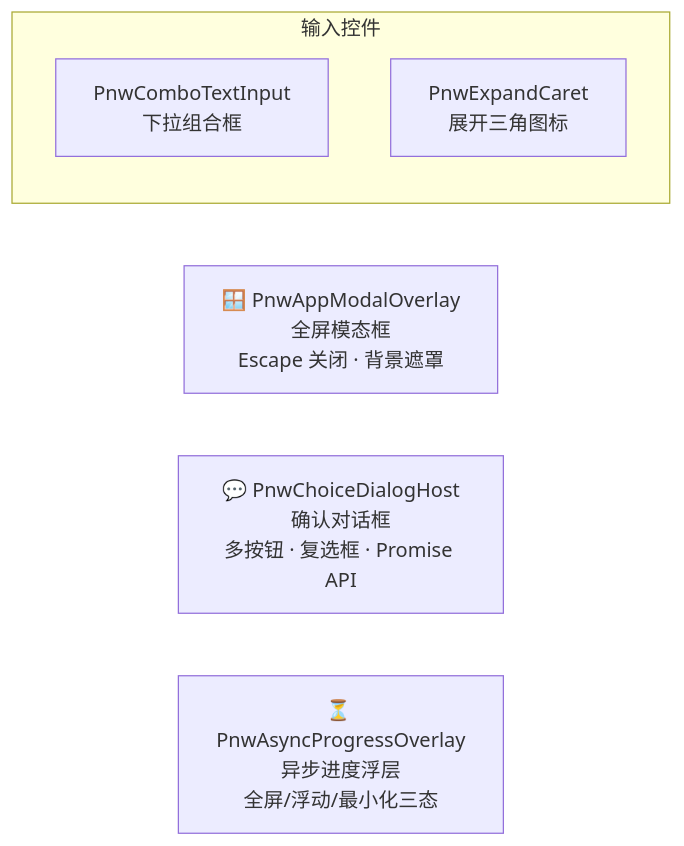
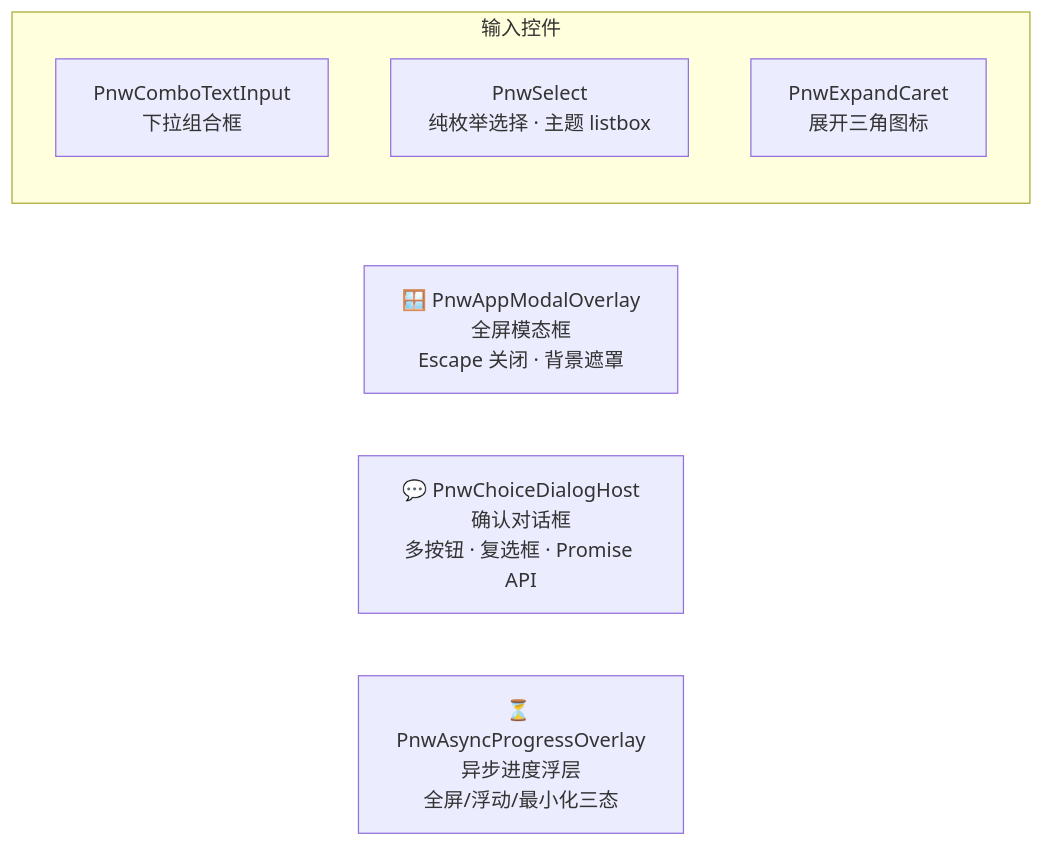
Before and after one commit to phoenixwing-org/phoenix-wing: the third of 5 diagrams in docs/架构图.md, drawn with Mermaid. The commit also changed other lines of this file and 119 other files, not shown here.

````diff
--- a/docs/架构图.md
+++ b/docs/架构图.md
@@ -100,11 +104,12 @@
 ```mermaid
 graph LR
     modal["🪟 PnwAppModalOverlay<br/>全屏模态框<br/>Escape 关闭 · 背景遮罩"]
     choice["💬 PnwChoiceDialogHost<br/>确认对话框<br/>多按钮 · 复选框 · Promise API"]
     progress["⏳ PnwAsyncProgressOverlay<br/>异步进度浮层<br/>全屏/浮动/最小化三态"]
 
     subgraph inputs["输入控件"]
         combo["PnwComboTextInput<br/>下拉组合框"]
+        select["PnwSelect<br/>纯枚举选择 · 主题 listbox"]
         caret["PnwExpandCaret<br/>展开三角图标"]
     end
 ```
````
